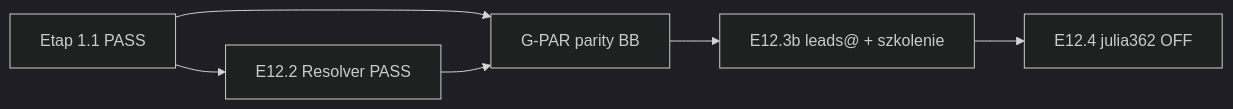
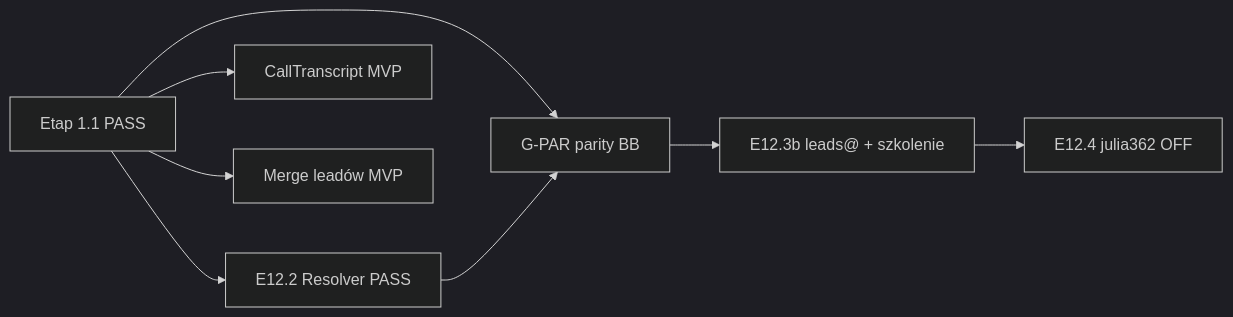
Before and after one commit to Owocni/owocni-crm-twenty: the diagram in integrations/runbooks/NEXT_STEPS.md, drawn with Mermaid (dark theme). The commit also changed other lines of this file and 16 other files, not shown here.

First line of the commit message:
Add CallTranscript channel and manual lead merge docs + workers.

````diff
--- a/integrations/runbooks/NEXT_STEPS.md
+++ b/integrations/runbooks/NEXT_STEPS.md
@@ -30,8 +33,10 @@
 ```mermaid
 flowchart LR
   E11[Etap 1.1 PASS] --> GPAR[G-PAR parity BB]
   GPAR --> E123[E12.3b leads@ + szkolenie]
   E123 --> E124[E12.4 julia362 OFF]
   E11 --> E12[E12.2 Resolver PASS]
   E12 --> GPAR
+  E11 --> Phone[CallTranscript MVP]
+  E11 --> Merge[Merge leadów MVP]
 ```
````
